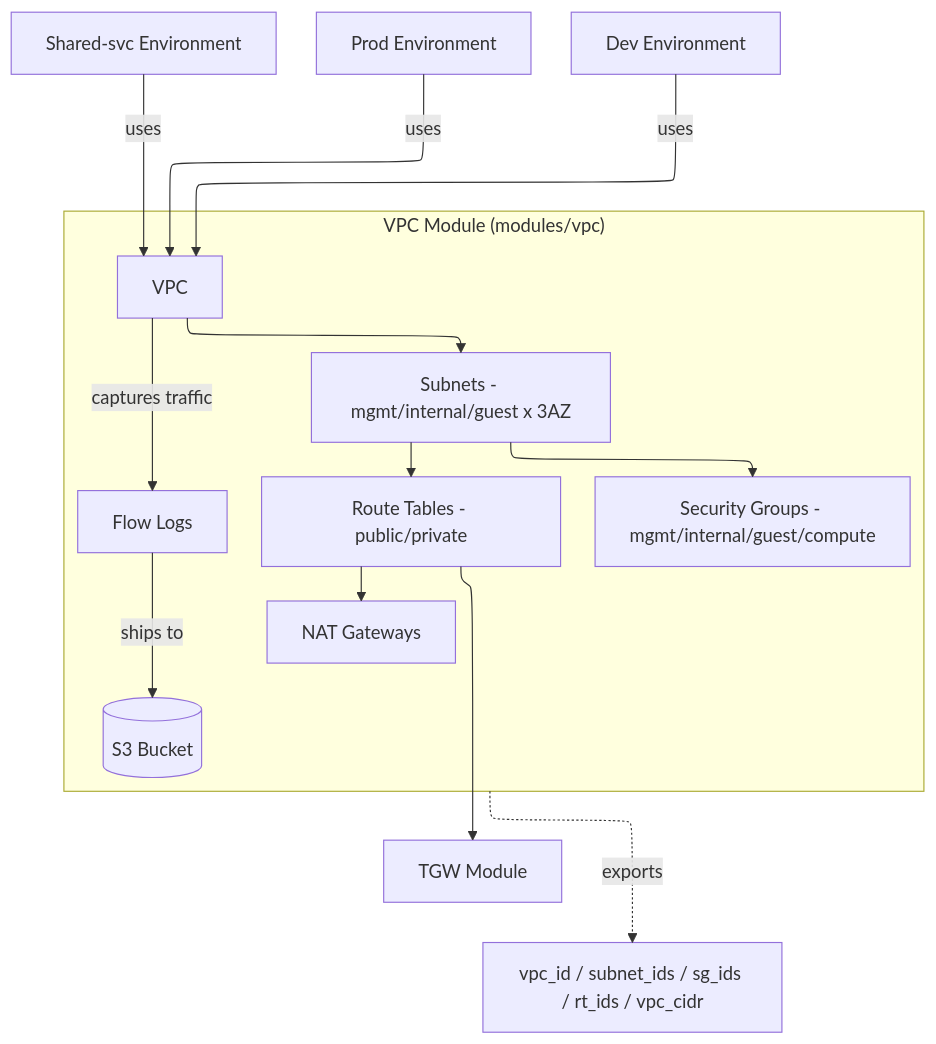
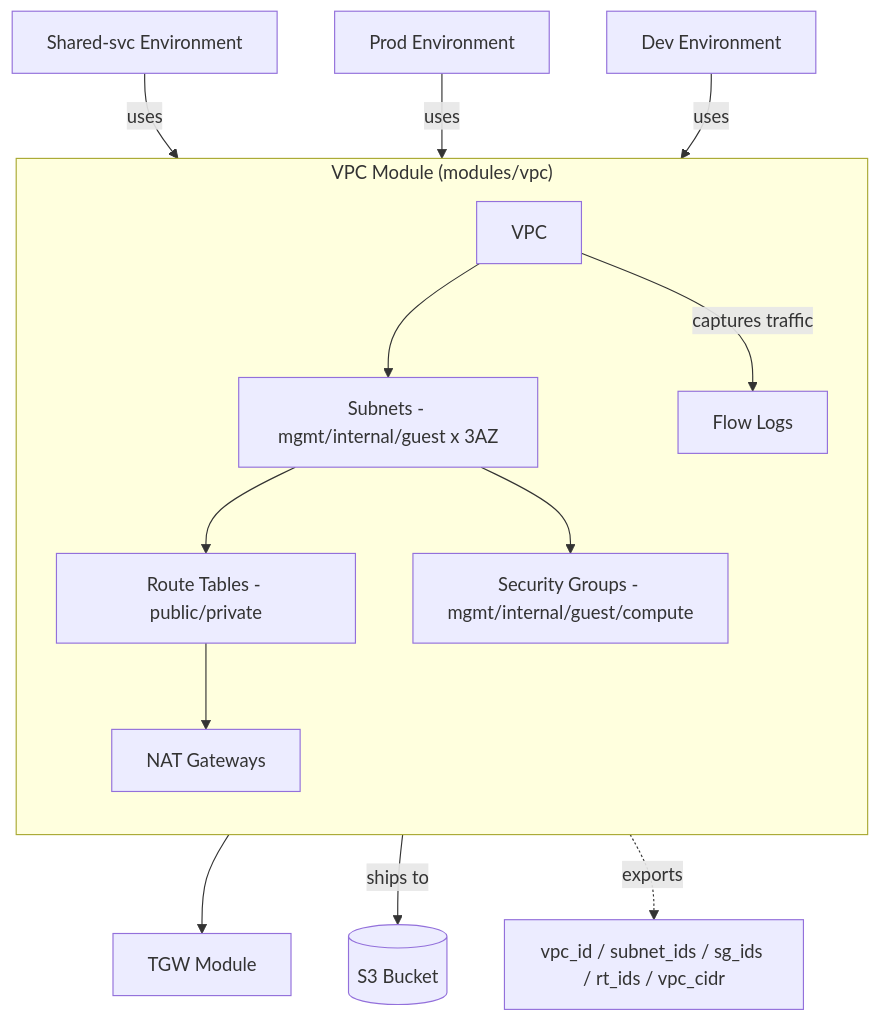
The second of 4 diagrams in README.md (m3lcy/terraform-aws-vpc), drawn with Mermaid before and after one commit.

````diff
--- a/README.md
+++ b/README.md
@@ -129,32 +129,27 @@
 ```mermaid
 ---
 config:
-  layout: elk
+  layout: fixed
 ---
 flowchart TB
  subgraph VPC_Module["VPC Module (modules/vpc)"]
     direction TB
         M1["VPC"]
         M2["Subnets - mgmt/internal/guest x 3AZ"]
         M3["Route Tables - public/private"]
         M4["Security Groups - mgmt/internal/guest/compute"]
         M5["NAT Gateways"]
         M6["Flow Logs"]
-        M7[("S3 Bucket")]
   end
     M1 --> M2
     M2 --> M3 & M4
     M3 --> M5 & n4["TGW Module"]
     M1 -- captures traffic --> M6
-    M6 -- ships to --> M7
     n1["Shared-svc Environment"] -- uses --> M1
     n2["Prod Environment"] -- uses --> M1
     n3["Dev Environment"] -- uses --> M1
     VPC_Module -. exports .-> n5["vpc_id / subnet_ids / sg_ids / rt_ids / vpc_cidr"]
+    M6 -- ships to --> n6["S3 Bucket"]
 
-    n4@{ shape: rect}
-    n1@{ shape: rect}
-    n2@{ shape: rect}
-    n3@{ shape: rect}
-    n5@{ shape: rect}
+    n6@{ shape: cyl}
 ```
````
